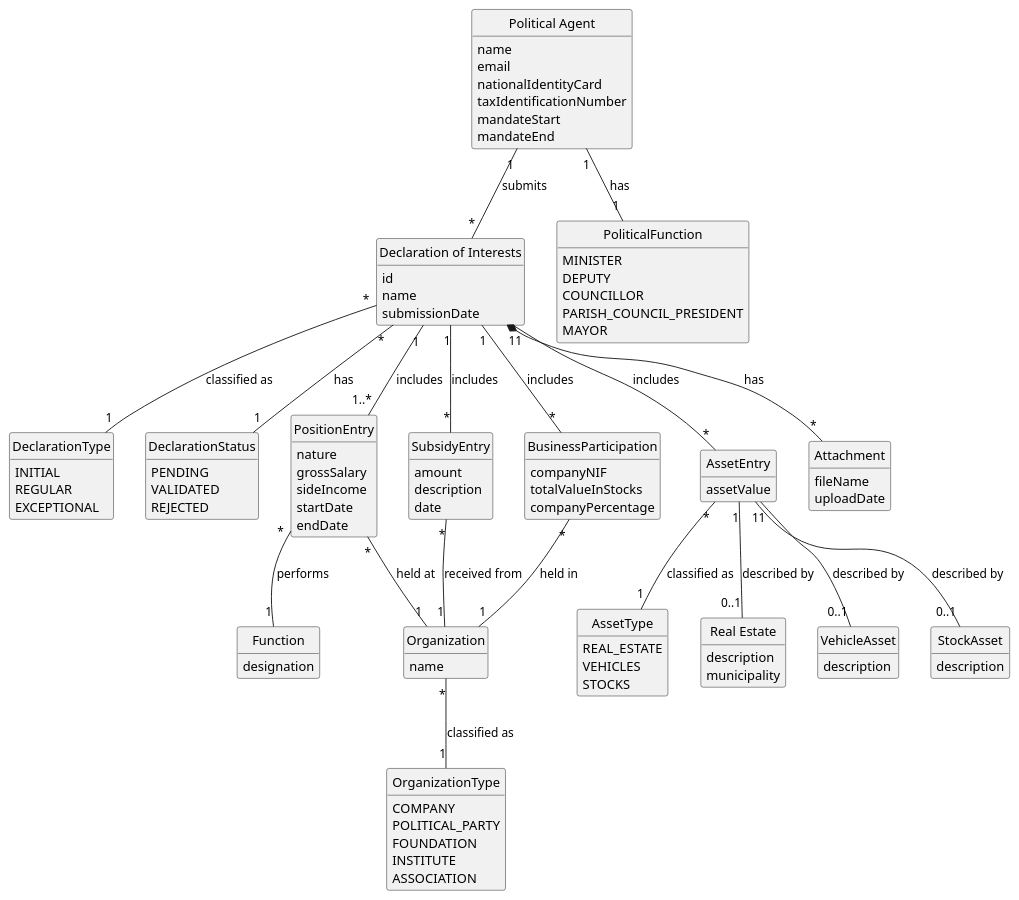
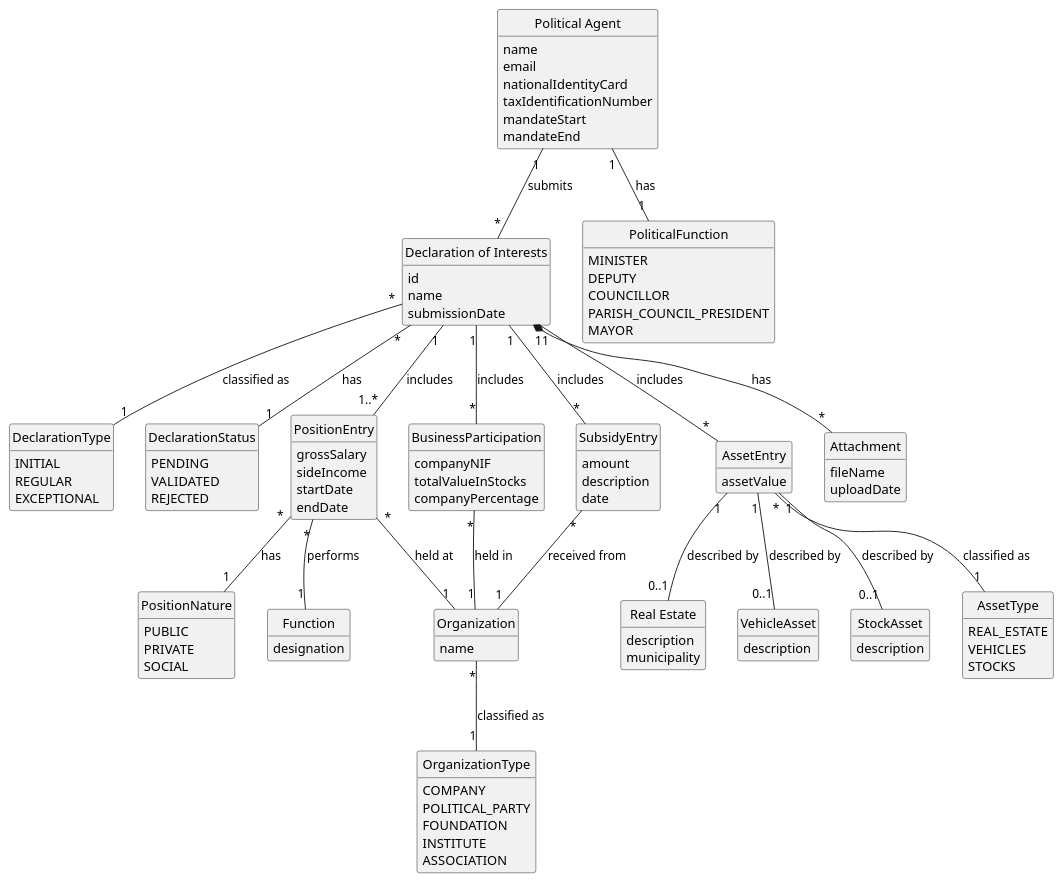
Before and after one commit to brunodspinto/crystal-clear-platform: the diagram in docs/system-documentation/US06/02.analysis/puml/US06-DM.puml, drawn with PlantUML. The commit also changed 5 other files, not shown here.

Commit message:
Altered the positionEntry nature to be AN Enum, as it makes more sense than it being a String (In Documentation).

```diff
--- a/docs/system-documentation/US06/02.analysis/puml/US06-DM.puml
+++ b/docs/system-documentation/US06/02.analysis/puml/US06-DM.puml
@@ -1,134 +1,140 @@
 @startuml US06-DM
 skinparam monochrome true
 skinparam packageStyle rectangle
 skinparam shadowing false
 skinparam classAttributeIconSize 0
 
 hide circle
 hide methods
 
 class "Political Agent" as PoliticalAgent {
     name
     email
     nationalIdentityCard
     taxIdentificationNumber
     mandateStart
     mandateEnd
 }
 
 class "Declaration of Interests" as Declaration {
     id
     name
     submissionDate
 }
 
 enum DeclarationType {
     INITIAL
     REGULAR
     EXCEPTIONAL
 }
 
 enum DeclarationStatus {
     PENDING
     VALIDATED
     REJECTED
 }
 
 enum PoliticalFunction {
     MINISTER
     DEPUTY
     COUNCILLOR
     PARISH_COUNCIL_PRESIDENT
     MAYOR
 }
 
 class PositionEntry {
-    nature
     grossSalary
     sideIncome
     startDate
     endDate
+}
+
+enum PositionNature {
+    PUBLIC
+    PRIVATE
+    SOCIAL
 }
 
 class Function {
     designation
 }
 
 class Organization {
     name
 }
 
 enum OrganizationType {
     COMPANY
     POLITICAL_PARTY
     FOUNDATION
     INSTITUTE
     ASSOCIATION
 }
 
 class SubsidyEntry {
     amount
     description
     date
 }
 
 class AssetEntry {
     assetValue
 }
 
 enum AssetType {
     REAL_ESTATE
     VEHICLES
     STOCKS
 }
 
 class "Real Estate" as RealEstate {
     description
     municipality
 }
 
 class VehicleAsset {
     description
 }
 
 class StockAsset {
     description
 }
 
 class BusinessParticipation {
     companyNIF
     totalValueInStocks
     companyPercentage
 }
 
 class Attachment {
     fileName
     uploadDate
 }
 
 PoliticalAgent "1" -- "1" PoliticalFunction : has
 PoliticalAgent "1" -- "*" Declaration : submits
 
 Declaration "*" -- "1" DeclarationType : classified as
 Declaration "*" -- "1" DeclarationStatus : has
 Declaration "1" -- "1..*" PositionEntry : includes
 Declaration "1" -- "*" SubsidyEntry : includes
 Declaration "1" -- "*" AssetEntry : includes
 Declaration "1" -- "*" BusinessParticipation : includes
 Declaration "1" *-- "*" Attachment : has
 
 PositionEntry "*" -- "1" Organization : held at
 PositionEntry "*" -- "1" Function : performs
+PositionEntry "*" -- "1" PositionNature : has
 
 Organization "*" -- "1" OrganizationType : classified as
 
 SubsidyEntry "*" -- "1" Organization : received from
 
 AssetEntry "*" -- "1" AssetType : classified as
 AssetEntry "1" -- "0..1" RealEstate : described by
 AssetEntry "1" -- "0..1" VehicleAsset : described by
 AssetEntry "1" -- "0..1" StockAsset : described by
 
 BusinessParticipation "*" -- "1" Organization : held in
 
 @enduml
```
